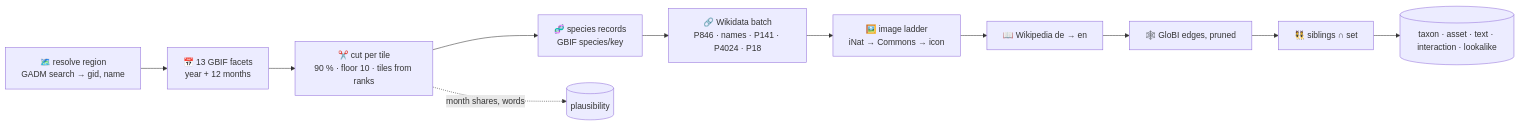
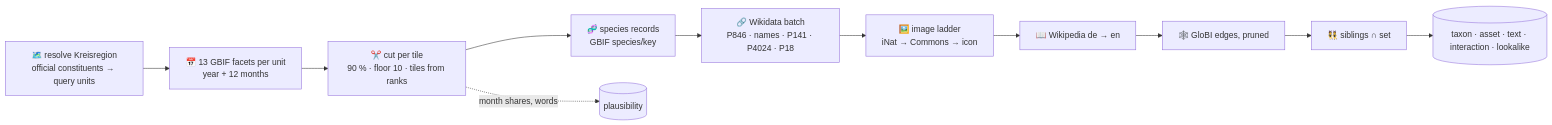
Before and after one commit to Standkreis/atlas: the third of 4 diagrams in docs/specs/0001-standkreis-dex-the-first-walk.md, drawn with Mermaid. The commit also changed other lines of this file and 3 other files, not shown here.

````diff
--- a/docs/specs/0001-standkreis-dex-the-first-walk.md
+++ b/docs/specs/0001-standkreis-dex-the-first-walk.md
@@ -146,13 +152,13 @@
 ```mermaid
 flowchart LR
-    A[🗺️ resolve region<br/>GADM search → gid, name] --> B[📅 13 GBIF facets<br/>year + 12 months]
+    A[🗺️ resolve Kreisregion<br/>official constituents → query units] --> B[📅 13 GBIF facets per unit<br/>year + 12 months]
     B --> C[✂️ cut per tile<br/>90 % · floor 10 · tiles from ranks]
     C --> D[🧬 species records<br/>GBIF species/key]
     D --> E[🔗 Wikidata batch<br/>P846 · names · P141 · P4024 · P18]
     E --> F[🖼️ image ladder<br/>iNat → Commons → icon]
     F --> G[📖 Wikipedia de → en]
     G --> H[🕸️ GloBI edges, pruned]
     H --> I[👯 siblings ∩ set]
     C -.->|month shares, words| P[(plausibility)]
     I --> T[(taxon · asset · text · interaction · lookalike)]
 ```
````
